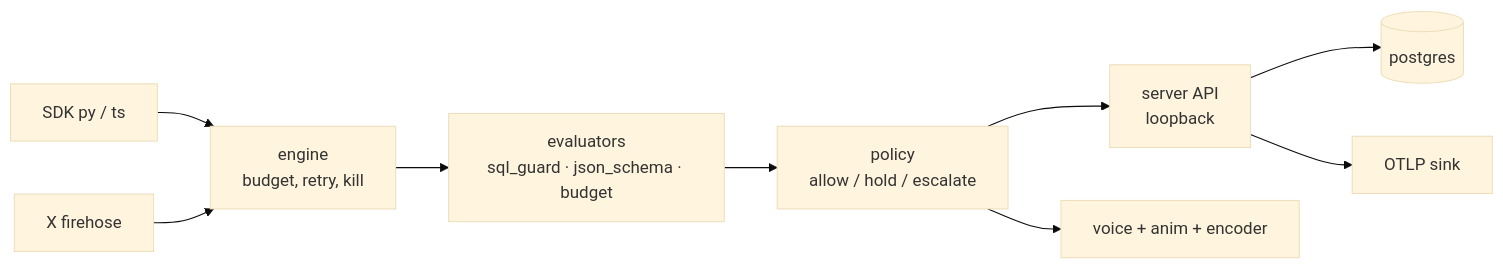
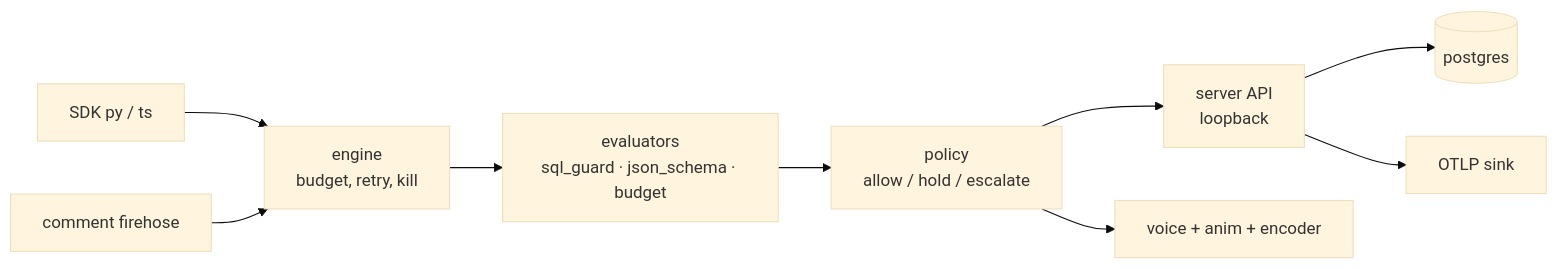
Before and after one commit to limxdynamics-online-robotics/xbot: the second of 2 diagrams in README.md, drawn with Mermaid (base theme). The commit also changed other lines of this file, not shown here.

````diff
--- a/README.md
+++ b/README.md
@@ -229,11 +228,11 @@
 ```mermaid
 flowchart LR
     SDK["SDK py / ts"] --> ENG["engine<br/>budget, retry, kill"]
     ENG --> EV["evaluators<br/>sql_guard · json_schema · budget"]
     EV --> POL["policy<br/>allow / hold / escalate"]
     POL --> API["server API<br/>loopback"]
     API --> PG[("postgres")]
     API --> OTLP["OTLP sink"]
-    X["X firehose"] --> ENG
+    CM["comment firehose"] --> ENG
     POL --> OUT["voice + anim + encoder"]
 ```
````
